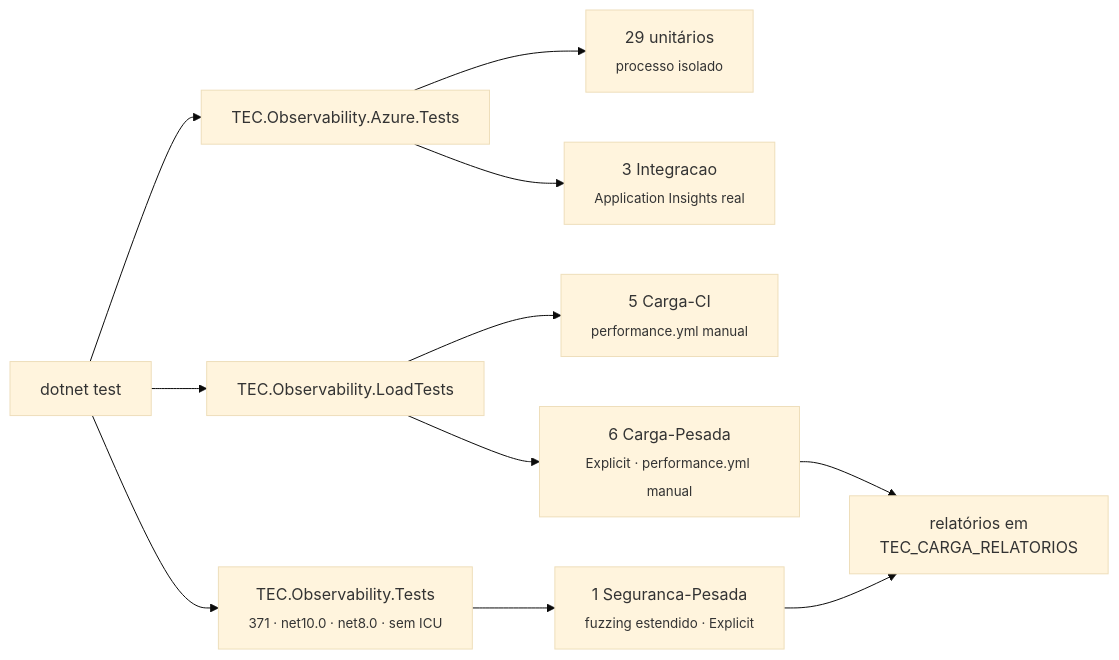
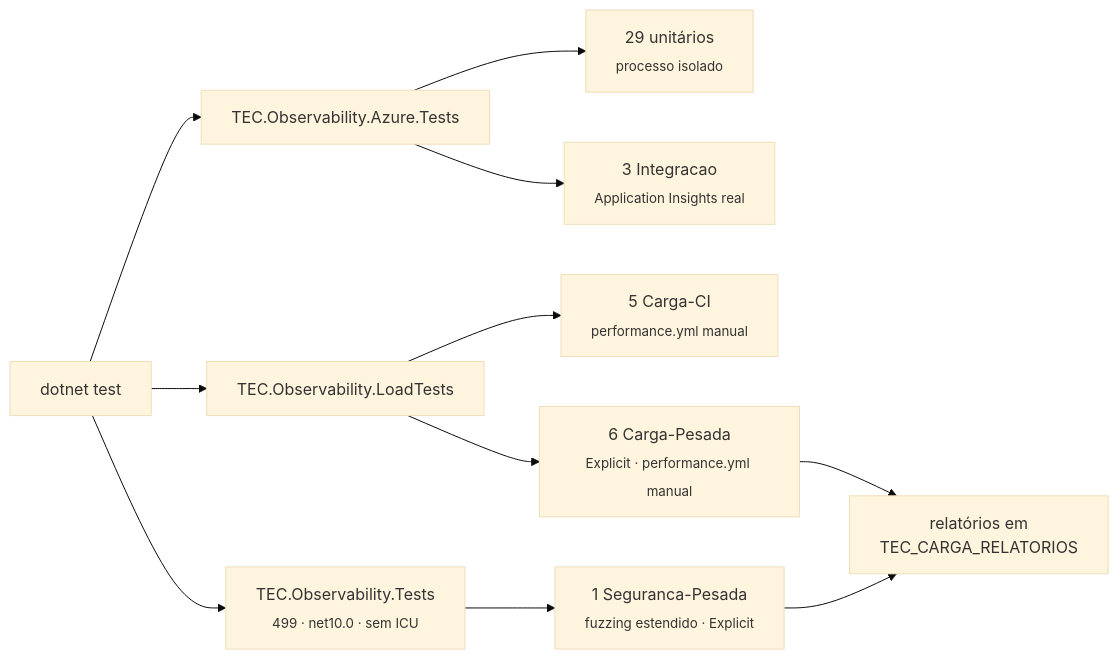
The first of 2 diagrams in docs/testes.md (tudoemcodigo/lib-tec-observability), drawn with Mermaid (base theme) before and after one commit. The commit also changed other lines of this file and 57 other files, not shown here.

````diff
--- a/docs/testes.md
+++ b/docs/testes.md
@@ -28,12 +28,12 @@
 ```mermaid
 flowchart LR
-    T["dotnet test"] --> U["TEC.Observability.Tests<br/><sub>371 · net10.0 · net8.0 · sem ICU</sub>"]
+    T["dotnet test"] --> U["TEC.Observability.Tests<br/><sub>499 · net10.0 · sem ICU</sub>"]
     T --> AZ["TEC.Observability.Azure.Tests"]
     T --> L["TEC.Observability.LoadTests"]
     AZ --> AU["29 unitários<br/><sub>processo isolado</sub>"]
     AZ --> AI["3 Integracao<br/><sub>Application Insights real</sub>"]
     L --> CI["5 Carga-CI<br/><sub>performance.yml manual</sub>"]
     L --> HV["6 Carga-Pesada<br/><sub>Explicit · performance.yml manual</sub>"]
     U --> SP["1 Seguranca-Pesada<br/><sub>fuzzing estendido · Explicit</sub>"]
     HV & SP --> R["relatórios em<br/>TEC_CARGA_RELATORIOS"]
 ```
````
